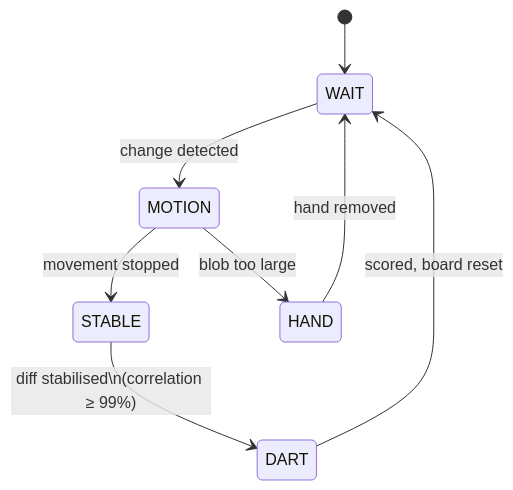
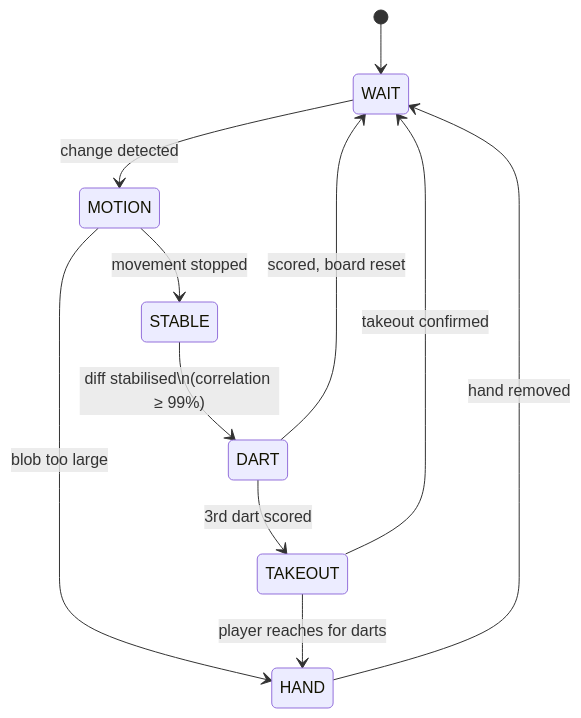
One commit to kashiwagiren/ThrowVision changed the first of 6 diagrams in README.md. Above: the diagram before and after it, drawn with Mermaid. The commit also changed other lines of this file, not shown here.

Commit message:
Update README: turn takeout system, system checker, offline guard, detection speed, socket events

````diff
--- a/README.md
+++ b/README.md
@@ -151,10 +153,13 @@
 ```mermaid
 stateDiagram-v2
     [*] --> WAIT
     WAIT --> MOTION : change detected
     MOTION --> STABLE : movement stopped
     MOTION --> HAND : blob too large
     STABLE --> DART : diff stabilised\n(correlation ≥ 99%)
     DART --> WAIT : scored, board reset
     HAND --> WAIT : hand removed
+    DART --> TAKEOUT : 3rd dart scored
+    TAKEOUT --> HAND : player reaches for darts
+    TAKEOUT --> WAIT : takeout confirmed
 ```
````
